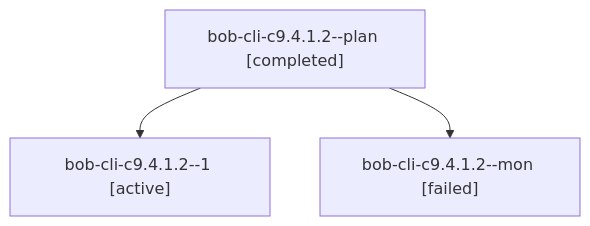
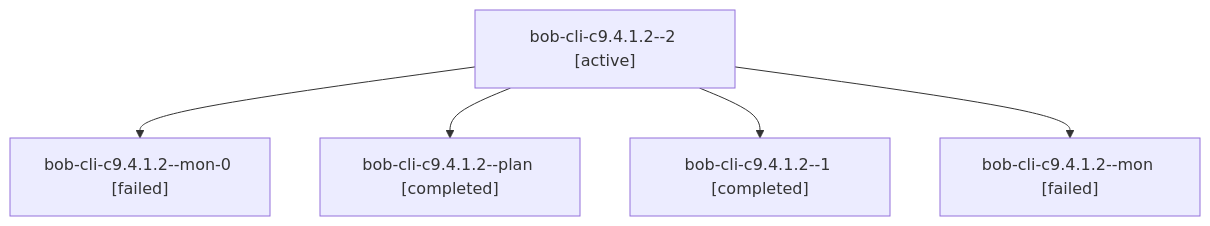
Before and after one commit to bobs-org/bob-cli--agents: the diagram in sessions/bbugyi200.athena.bob-cli-c9.4.1.2.md, drawn with Mermaid. The commit also changed other lines of this file and 70 other files, not shown here.

````diff
--- a/sessions/bbugyi200.athena.bob-cli-c9.4.1.2.md
+++ b/sessions/bbugyi200.athena.bob-cli-c9.4.1.2.md
@@ -9,8 +9,12 @@
 ```mermaid
 flowchart TD
-  n0["bob-cli-c9.4.1.2--plan [completed]"]
-  n1["bob-cli-c9.4.1.2--1 [active]"]
+  n0["bob-cli-c9.4.1.2--2 [active]"]
+  n1["bob-cli-c9.4.1.2--mon-0 [failed]"]
   n0 --> n1
-  n2["bob-cli-c9.4.1.2--mon [failed]"]
+  n2["bob-cli-c9.4.1.2--plan [completed]"]
   n0 --> n2
+  n3["bob-cli-c9.4.1.2--1 [completed]"]
+  n0 --> n3
+  n4["bob-cli-c9.4.1.2--mon [failed]"]
+  n0 --> n4
 ```
````
